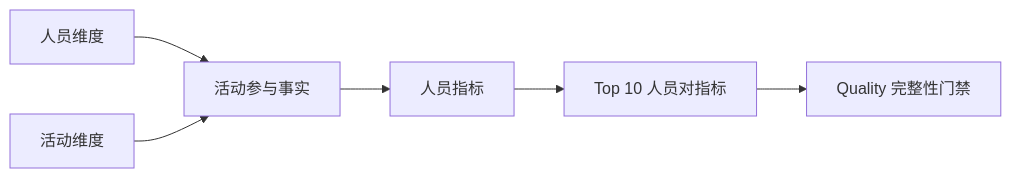
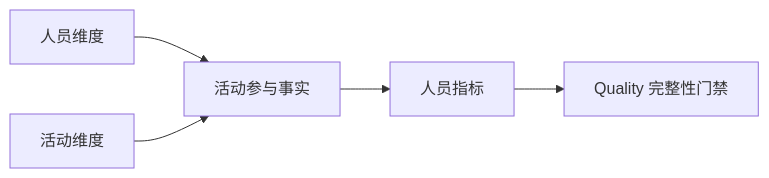
One commit to pampa0629/addp changed the second of 2 diagrams in docs/next/Outdoor业务数据治理推进方案.md. Above: the diagram before and after it, drawn with Mermaid. The commit also changed other lines of this file and 346 other files, not shown here.

````diff
--- a/docs/next/Outdoor业务数据治理推进方案.md
+++ b/docs/next/Outdoor业务数据治理推进方案.md
@@ -254,8 +258,7 @@
 ```mermaid
 flowchart LR
     P[人员维度] --> F[活动参与事实]
     A[活动维度] --> F
     F --> M[人员指标]
-    M --> O[Top 10 人员对指标]
-    O --> Q[Quality 完整性门禁]
+    M --> Q[Quality 完整性门禁]
 ```
````
